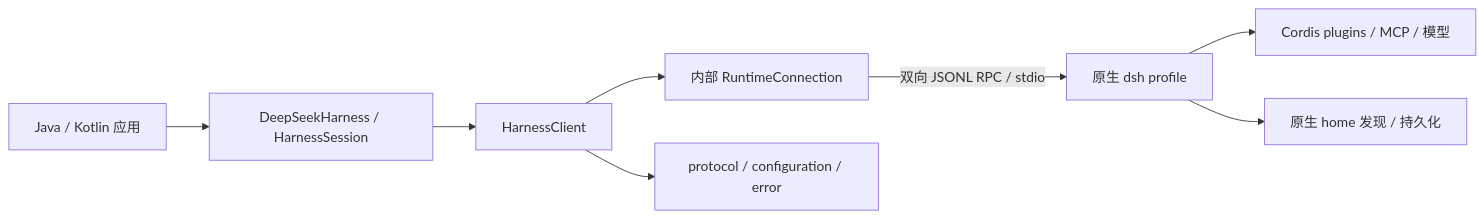
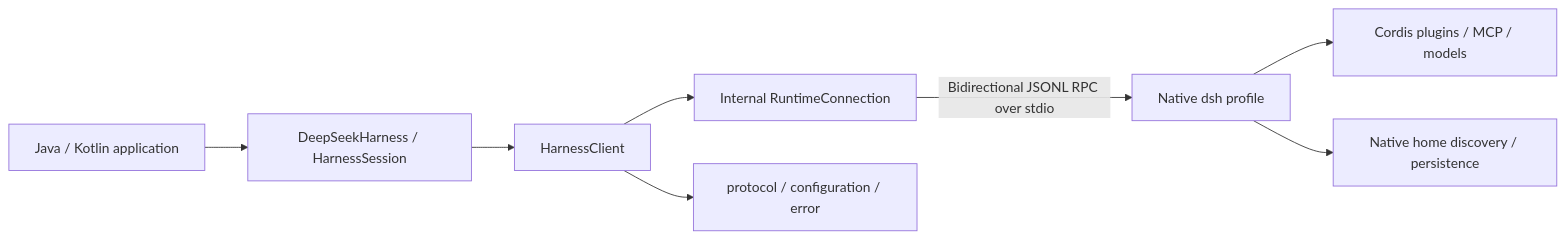
The diagram in docs/sdk.md (elonzh/dshjk), drawn with Mermaid before and after one commit. The commit also changed other lines of this file and 6 other files, not shown here.

````diff
--- a/docs/sdk.md
+++ b/docs/sdk.md
@@ -7,10 +9,10 @@
 ```mermaid
 flowchart LR
-  Application[Java / Kotlin 应用] --> Session[DeepSeekHarness / HarnessSession]
+  Application[Java / Kotlin application] --> Session[DeepSeekHarness / HarnessSession]
   Session --> Client[HarnessClient]
-  Client --> Transport[内部 RuntimeConnection]
-  Transport -->|双向 JSONL RPC / stdio| Runtime[原生 dsh profile]
-  Runtime --> Plugins[Cordis plugins / MCP / 模型]
-  Runtime --> Home[原生 home 发现 / 持久化]
+  Client --> Transport[Internal RuntimeConnection]
+  Transport -->|Bidirectional JSONL RPC over stdio| Runtime[Native dsh profile]
+  Runtime --> Plugins[Cordis plugins / MCP / models]
+  Runtime --> Home[Native home discovery / persistence]
   Client --> Protocol[protocol / configuration / error]
 ```
````
